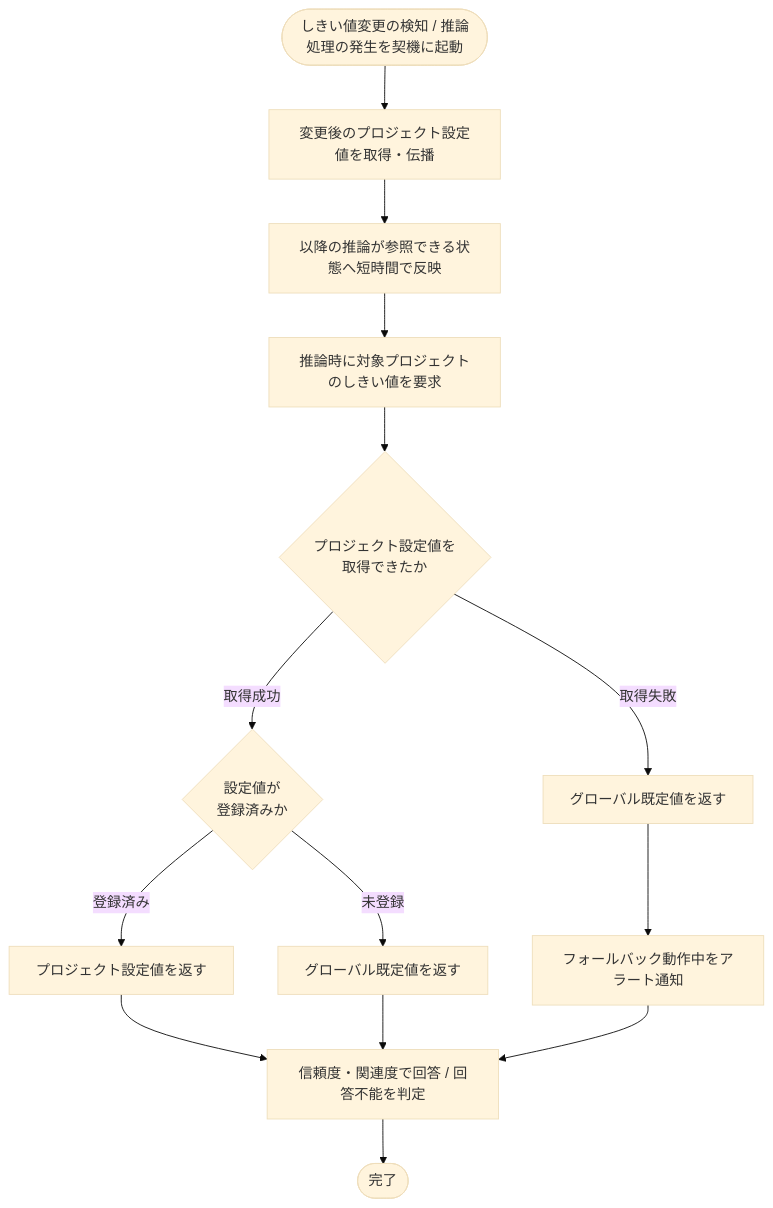
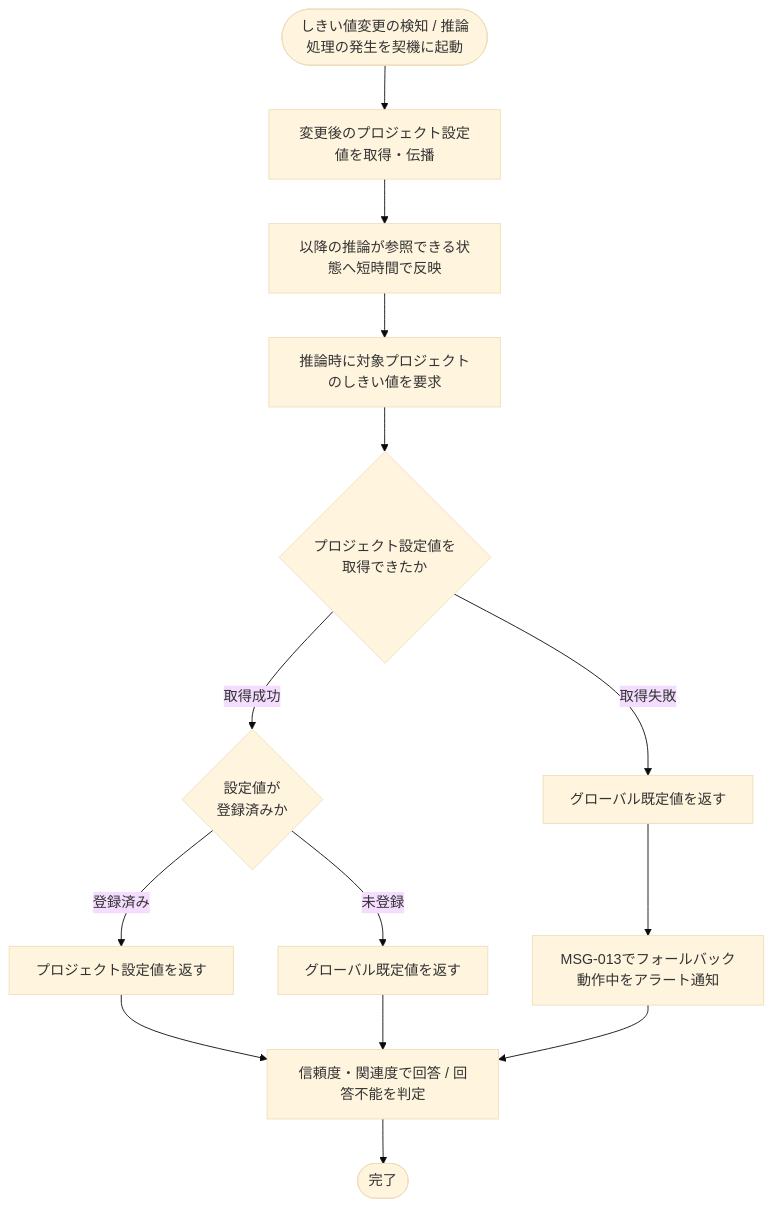
The diagram in 02_basic_design/02_backend/01_system/SYS-015.md (sikakou54/open-faq), drawn with Mermaid (base theme) before and after one commit. The commit also changed other lines of this file and 14 other files, not shown here.

````diff
--- a/02_basic_design/02_backend/01_system/SYS-015.md
+++ b/02_basic_design/02_backend/01_system/SYS-015.md
@@ -24,16 +24,16 @@
 ```mermaid
 flowchart TB
   S([しきい値変更の検知 / 推論処理の発生を契機に起動]) --> A[変更後のプロジェクト設定値を取得・伝播]
   A --> B[以降の推論が参照できる状態へ短時間で反映]
   B --> C[推論時に対象プロジェクトのしきい値を要求]
   C --> D{プロジェクト設定値を<br/>取得できたか}
   D -- 取得成功 --> E{設定値が<br/>登録済みか}
   E -- 登録済み --> F[プロジェクト設定値を返す]
   E -- 未登録 --> G[グローバル既定値を返す]
   D -- 取得失敗 --> H[グローバル既定値を返す]
-  H --> K[フォールバック動作中をアラート通知]
+  H --> K[MSG-013でフォールバック動作中をアラート通知]
   F --> I[信頼度・関連度で回答 / 回答不能を判定]
   G --> I
   K --> I
   I --> J([完了])
 ```
````
